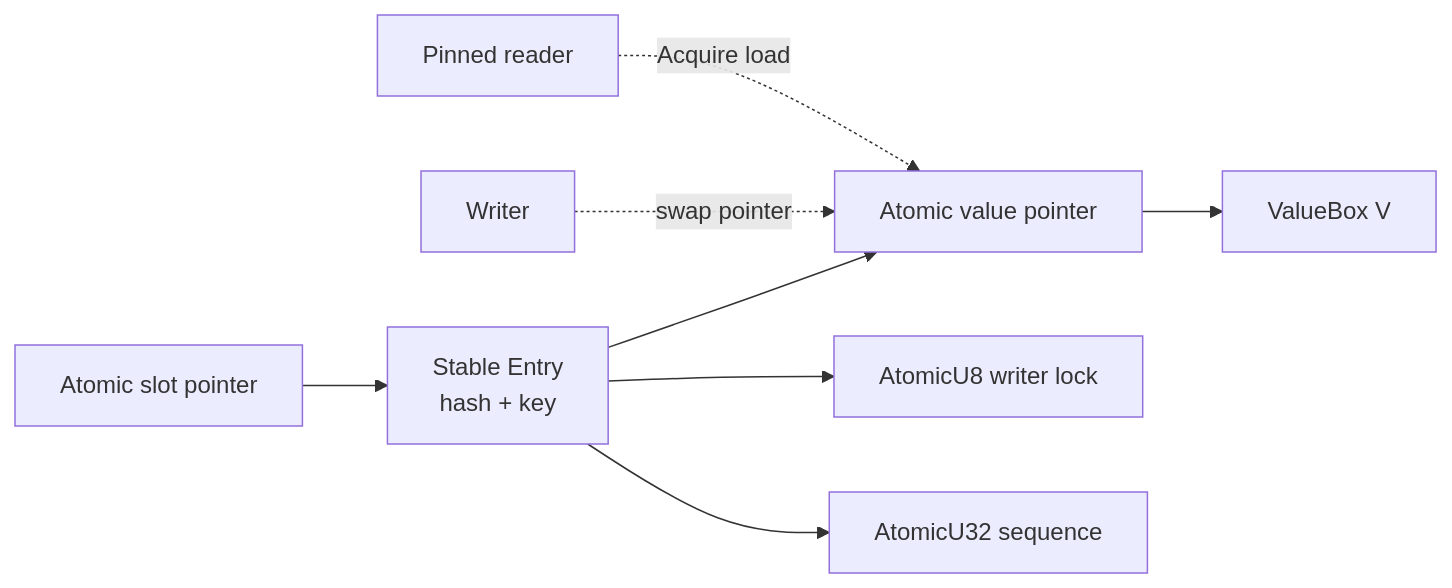
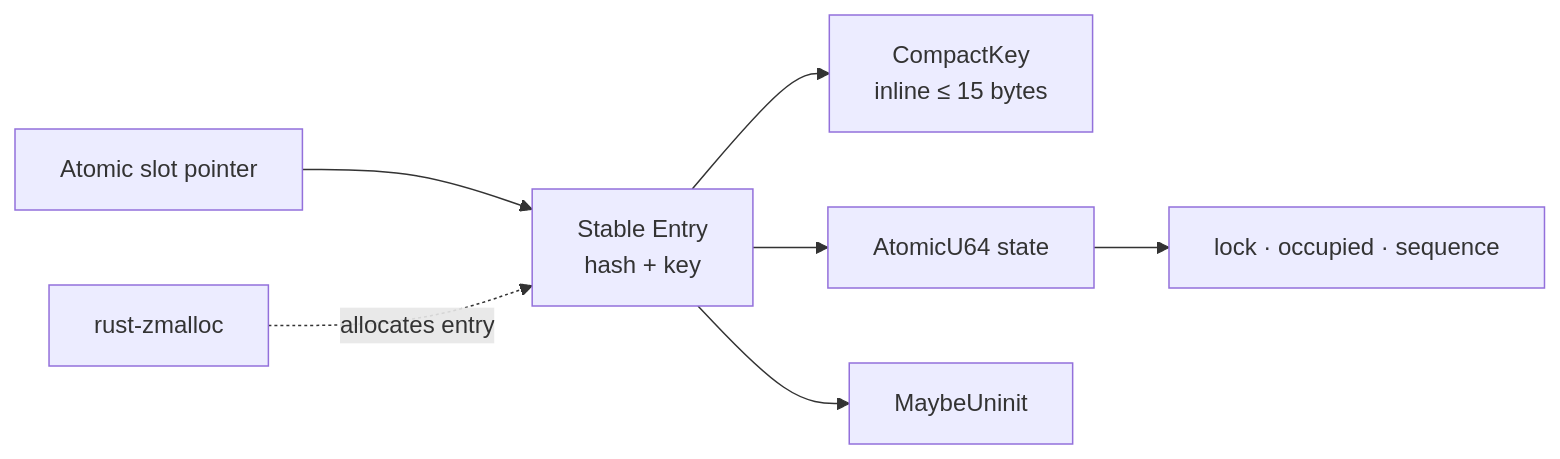
Before and after one commit to Rana718/portfolio: the second of 16 diagrams in src/content/blogs/custom-concurrent-hashmap-rust.mdx, drawn with Mermaid. The commit also changed other lines of this file, not shown here.

````diff
--- a/src/content/blogs/custom-concurrent-hashmap-rust.mdx
+++ b/src/content/blogs/custom-concurrent-hashmap-rust.mdx
@@ -97,10 +96,9 @@
 ```mermaid
 flowchart LR
     SLOT["Atomic slot pointer"] --> ENTRY["Stable Entry<br/>hash + key"]
-    ENTRY --> VALUE["Atomic value pointer"]
-    ENTRY --> LOCK["AtomicU8 writer lock"]
-    ENTRY --> SEQ["AtomicU32 sequence"]
-    VALUE --> V1["ValueBox V"]
-    WRITER["Writer"] -. "swap pointer" .-> VALUE
-    READER["Pinned reader"] -. "Acquire load" .-> VALUE
+    ENTRY --> KEY["CompactKey<br/>inline ≤ 15 bytes"]
+    ENTRY --> STATE["AtomicU64 state"]
+    STATE --> BITS["lock · occupied · sequence"]
+    ENTRY --> VALUE["MaybeUninit<V>"]
+    ALLOC["rust-zmalloc"] -. "allocates entry" .-> ENTRY
 ```
````
